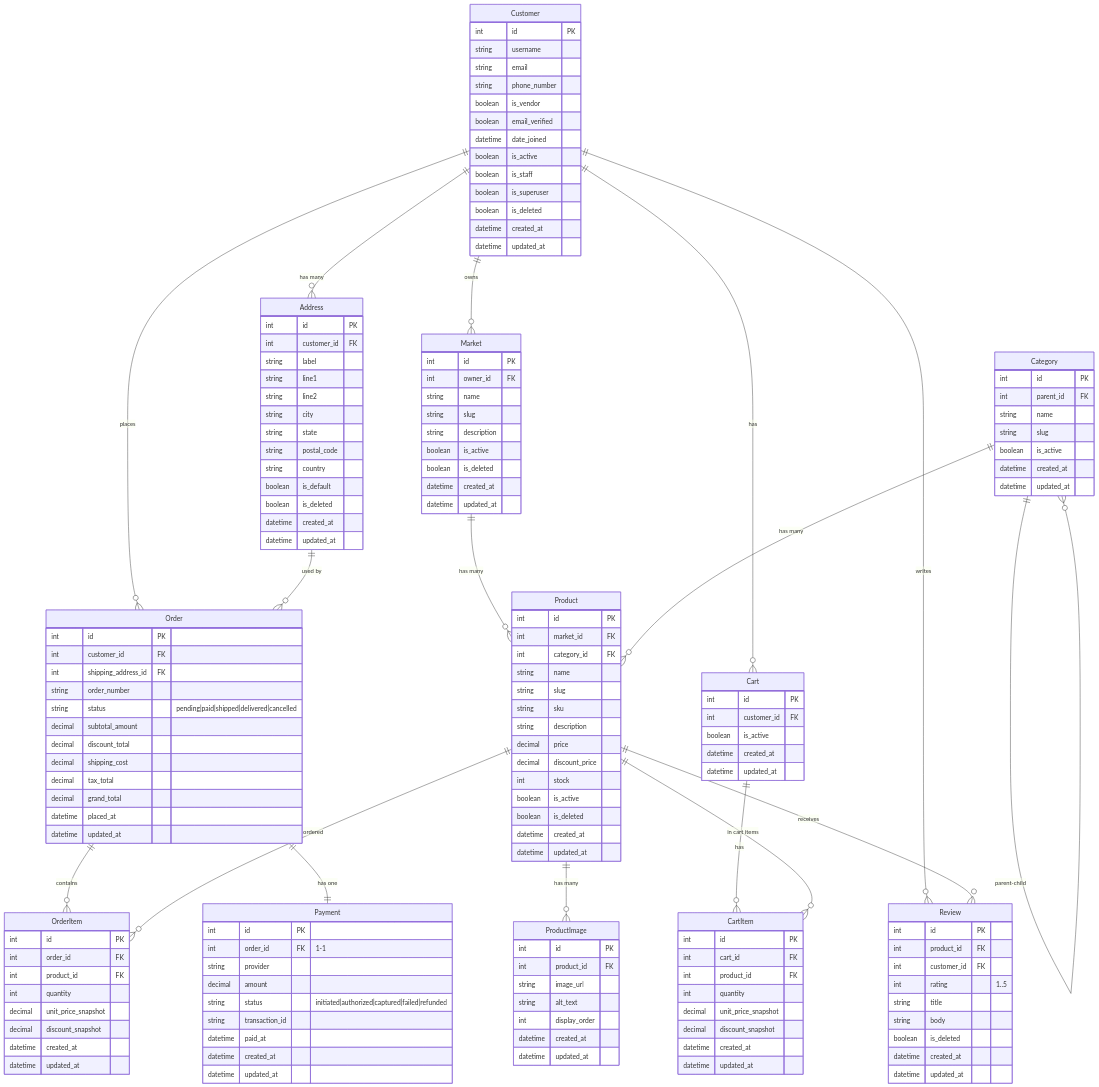
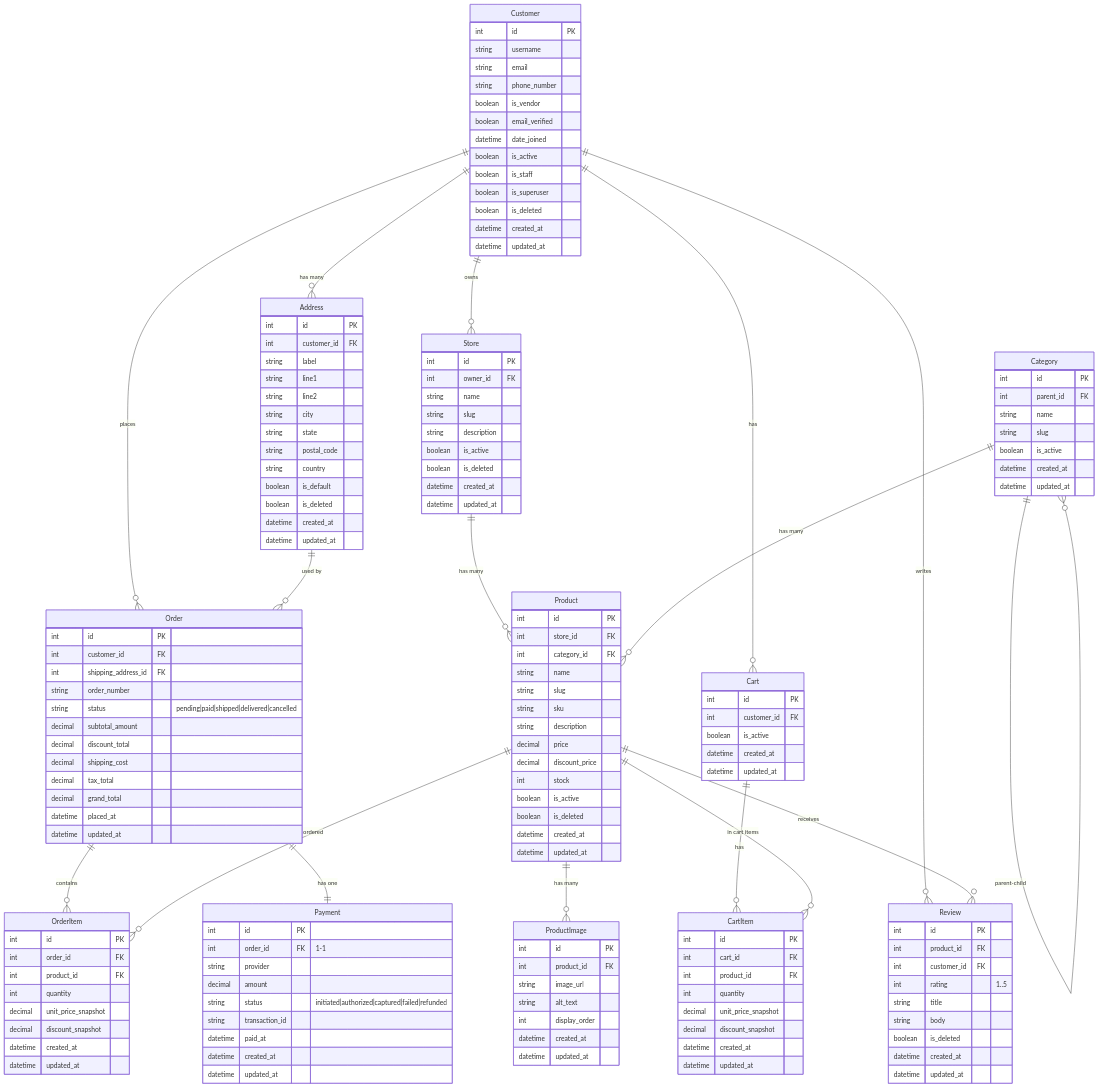
One commit to Ulahyle/Online_Store changed the diagram in project_erd/erd.mmd. Above: the diagram before and after it, drawn with Mermaid. The commit also changed 1 other file, not shown here.

```diff
--- a/project_erd/erd.mmd
+++ b/project_erd/erd.mmd
@@ -1,167 +1,167 @@
 erDiagram
   Customer ||--o{ Address : "has many"
-  Customer ||--o{ Market : "owns"
+  Customer ||--o{ Store : "owns"
   Category ||--o{ Category : "parent-child"
-  Market ||--o{ Product : "has many"
+  Store ||--o{ Product : "has many"
   Category ||--o{ Product : "has many"
   Product ||--o{ ProductImage : "has many"
   Customer ||--o{ Cart : "has"
   Cart ||--o{ CartItem : "has"
   Product ||--o{ CartItem : "in cart items"
   Customer ||--o{ Order : "places"
   Address ||--o{ Order : "used by"
   Order ||--o{ OrderItem : "contains"
   Product ||--o{ OrderItem : "ordered"
   Order ||--|| Payment : "has one"
   Customer ||--o{ Review : "writes"
   Product ||--o{ Review : "receives"
 
   Customer {
     int id PK
     string username
     string email
     string phone_number
     boolean is_vendor
     boolean email_verified
     datetime date_joined
     boolean is_active
     boolean is_staff
     boolean is_superuser
     boolean is_deleted
     datetime created_at
     datetime updated_at
   }
 
   Address {
     int id PK
     int customer_id FK
     string label
     string line1
     string line2
     string city
     string state
     string postal_code
     string country
     boolean is_default
     boolean is_deleted
     datetime created_at
     datetime updated_at
   }
 
-  Market {
+  Store {
     int id PK
     int owner_id FK
     string name
     string slug
     string description
     boolean is_active
     boolean is_deleted
     datetime created_at
     datetime updated_at
   }
 
   Category {
     int id PK
     int parent_id FK
     string name
     string slug
     boolean is_active
     datetime created_at
     datetime updated_at
   }
 
   Product {
     int id PK
-    int market_id FK
+    int store_id FK
     int category_id FK
     string name
     string slug
     string sku
     string description
     decimal price
     decimal discount_price
     int stock
     boolean is_active
     boolean is_deleted
     datetime created_at
     datetime updated_at
   }
 
   ProductImage {
     int id PK
     int product_id FK
     string image_url
     string alt_text
     int display_order
     datetime created_at
     datetime updated_at
   }
 
   Cart {
     int id PK
     int customer_id FK
     boolean is_active
     datetime created_at
     datetime updated_at
   }
 
   CartItem {
     int id PK
     int cart_id FK
     int product_id FK
     int quantity
     decimal unit_price_snapshot
     decimal discount_snapshot
     datetime created_at
     datetime updated_at
   }
 
   Order {
     int id PK
     int customer_id FK
     int shipping_address_id FK
     string order_number
     string status  "pending|paid|shipped|delivered|cancelled"
     decimal subtotal_amount
     decimal discount_total
     decimal shipping_cost
     decimal tax_total
     decimal grand_total
     datetime placed_at
     datetime updated_at
   }
 
   OrderItem {
     int id PK
     int order_id FK
     int product_id FK
     int quantity
     decimal unit_price_snapshot
     decimal discount_snapshot
     datetime created_at
     datetime updated_at
   }
 
   Payment {
     int id PK
     int order_id FK  "1-1"
     string provider
     decimal amount
     string status "initiated|authorized|captured|failed|refunded"
     string transaction_id
     datetime paid_at
     datetime created_at
     datetime updated_at
   }
 
   Review {
     int id PK
     int product_id FK
     int customer_id FK
     int rating "1..5"
     string title
     string body
     boolean is_deleted
     datetime created_at
     datetime updated_at
   }
```
